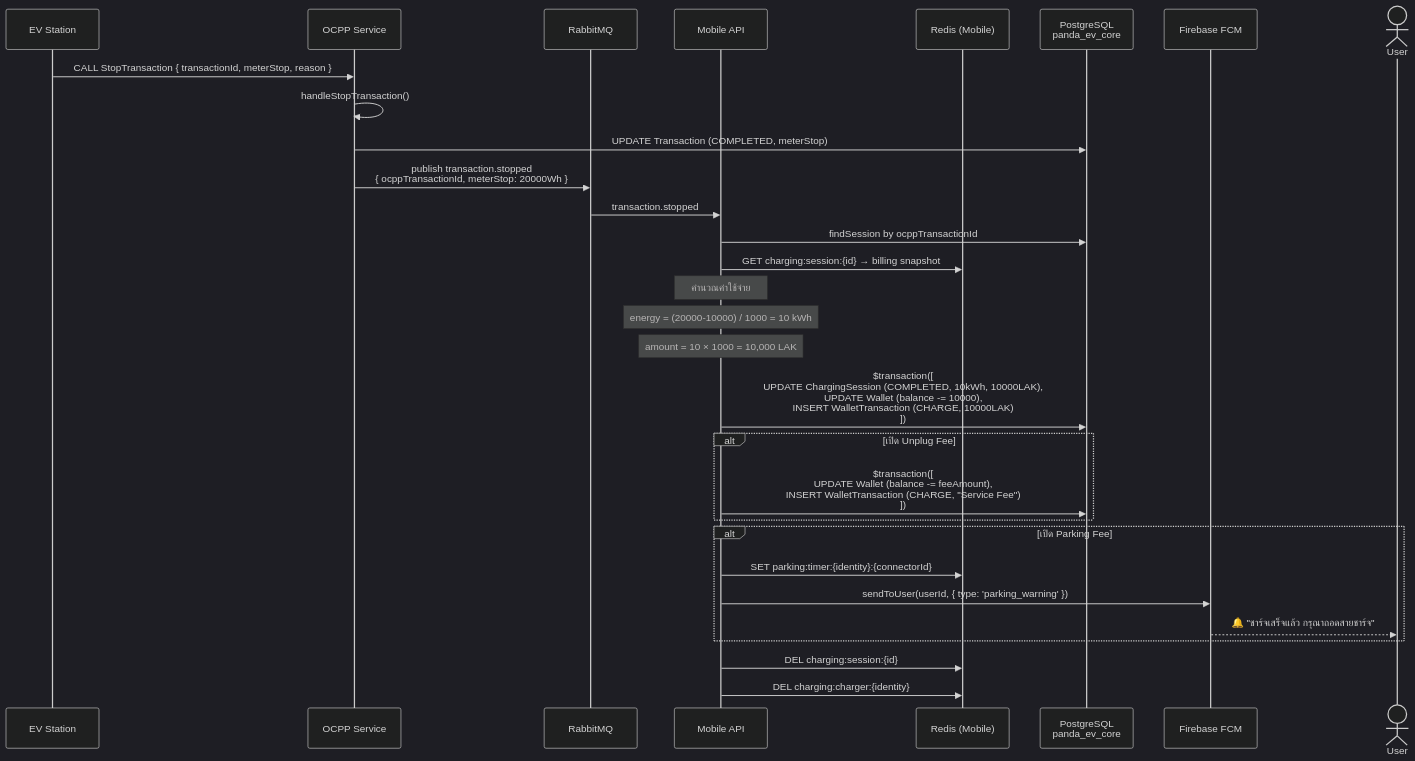
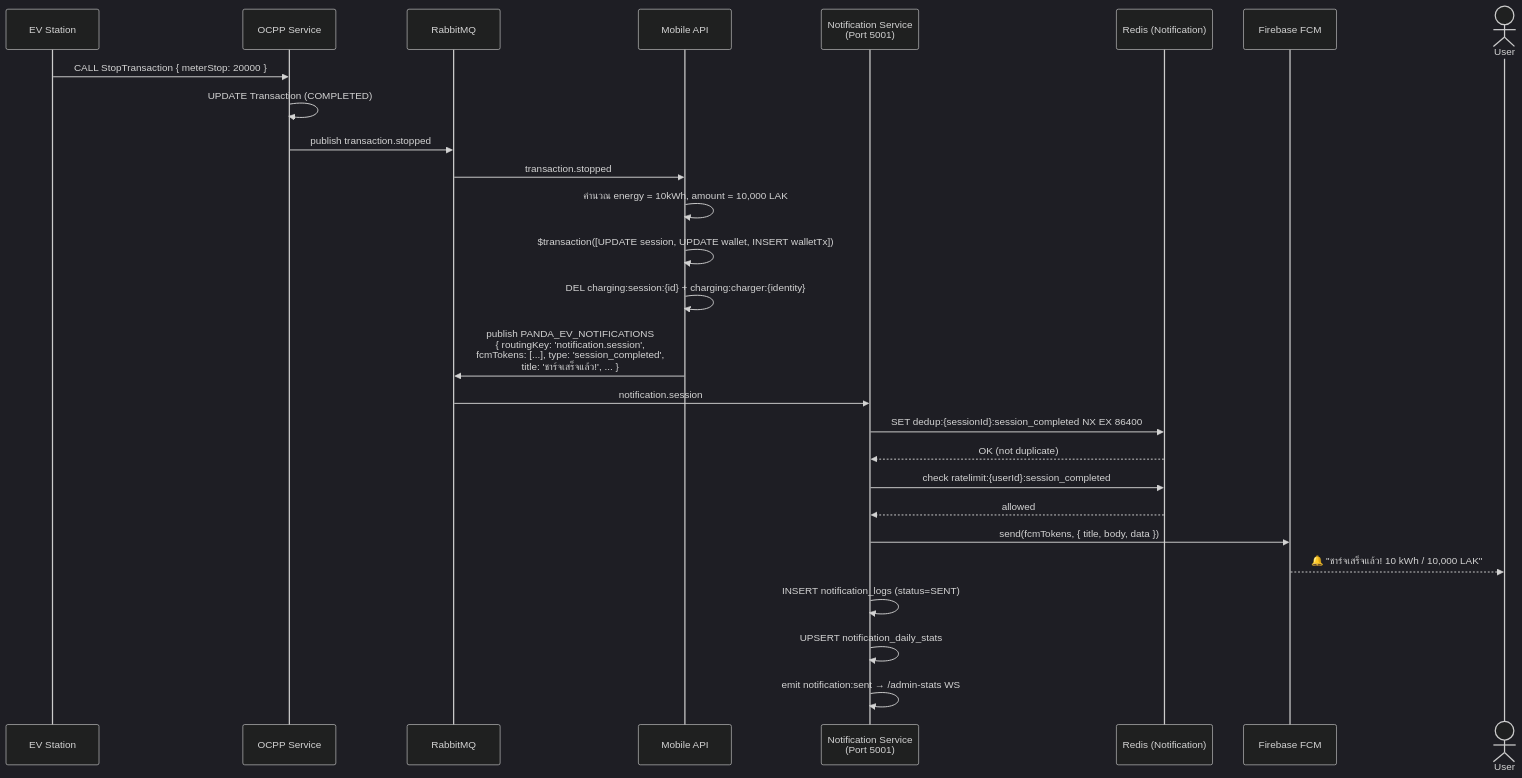
The fifth of 8 diagrams in docs/ev-charging-architecture.md (kothsada/ev-charge-my-projects), drawn with Mermaid (dark theme) before and after one commit. The commit also changed other lines of this file and 49 other files, not shown here.

````diff
--- a/docs/ev-charging-architecture.md
+++ b/docs/ev-charging-architecture.md
@@ -516,39 +612,33 @@
 ```mermaid
 sequenceDiagram
     participant Station as EV Station
     participant OCPP as OCPP Service
     participant MQ as RabbitMQ
     participant Mobile as Mobile API
-    participant Redis as Redis (Mobile)
-    participant DB as PostgreSQL<br/>panda_ev_core
+    participant Notif as Notification Service<br/>(Port 5001)
+    participant Redis_N as Redis (Notification)
     participant FCM as Firebase FCM
     actor User
 
-    Station->>OCPP: CALL StopTransaction { transactionId, meterStop, reason }
-    OCPP->>OCPP: handleStopTransaction()
-    OCPP->>DB: UPDATE Transaction (COMPLETED, meterStop)
-    OCPP->>MQ: publish transaction.stopped<br/>{ ocppTransactionId, meterStop: 20000Wh }
+    Station->>OCPP: CALL StopTransaction { meterStop: 20000 }
+    OCPP->>OCPP: UPDATE Transaction (COMPLETED)
+    OCPP->>MQ: publish transaction.stopped
 
     MQ->>Mobile: transaction.stopped
-    Mobile->>DB: findSession by ocppTransactionId
-    Mobile->>Redis: GET charging:session:{id} → billing snapshot
+    Mobile->>Mobile: คำนวณ energy = 10kWh, amount = 10,000 LAK
+    Mobile->>Mobile: $transaction([UPDATE session, UPDATE wallet, INSERT walletTx])
+    Mobile->>Mobile: DEL charging:session:{id} + charging:charger:{identity}
 
-    Note over Mobile: คำนวณค่าใช้จ่าย
-    Note over Mobile: energy = (20000-10000) / 1000 = 10 kWh
-    Note over Mobile: amount = 10 × 1000 = 10,000 LAK
+    Mobile->>MQ: publish PANDA_EV_NOTIFICATIONS<br/>{ routingKey: 'notification.session',<br/>  fcmTokens: [...], type: 'session_completed',<br/>  title: 'ชาร์จเสร็จแล้ว!', ... }
 
-    Mobile->>DB: $transaction([<br/>  UPDATE ChargingSession (COMPLETED, 10kWh, 10000LAK),<br/>  UPDATE Wallet (balance -= 10000),<br/>  INSERT WalletTransaction (CHARGE, 10000LAK)<br/>])
-
-    alt เปิด Unplug Fee
-        Mobile->>DB: $transaction([<br/>  UPDATE Wallet (balance -= feeAmount),<br/>  INSERT WalletTransaction (CHARGE, "Service Fee")<br/>])
-    end
-
-    alt เปิด Parking Fee
-        Mobile->>Redis: SET parking:timer:{identity}:{connectorId}
-        Mobile->>FCM: sendToUser(userId, { type: 'parking_warning' })
-        FCM-->>User: 🔔 "ชาร์จเสร็จแล้ว กรุณาถอดสายชาร์จ"
-    end
-
-    Mobile->>Redis: DEL charging:session:{id}
-    Mobile->>Redis: DEL charging:charger:{identity}
+    MQ->>Notif: notification.session
+    Notif->>Redis_N: SET dedup:{sessionId}:session_completed NX EX 86400
+    Redis_N-->>Notif: OK (not duplicate)
+    Notif->>Redis_N: check ratelimit:{userId}:session_completed
+    Redis_N-->>Notif: allowed
+    Notif->>FCM: send(fcmTokens, { title, body, data })
+    FCM-->>User: 🔔 "ชาร์จเสร็จแล้ว! 10 kWh / 10,000 LAK"
+    Notif->>Notif: INSERT notification_logs (status=SENT)
+    Notif->>Notif: UPSERT notification_daily_stats
+    Notif->>Notif: emit notification:sent → /admin-stats WS
 ```
````
